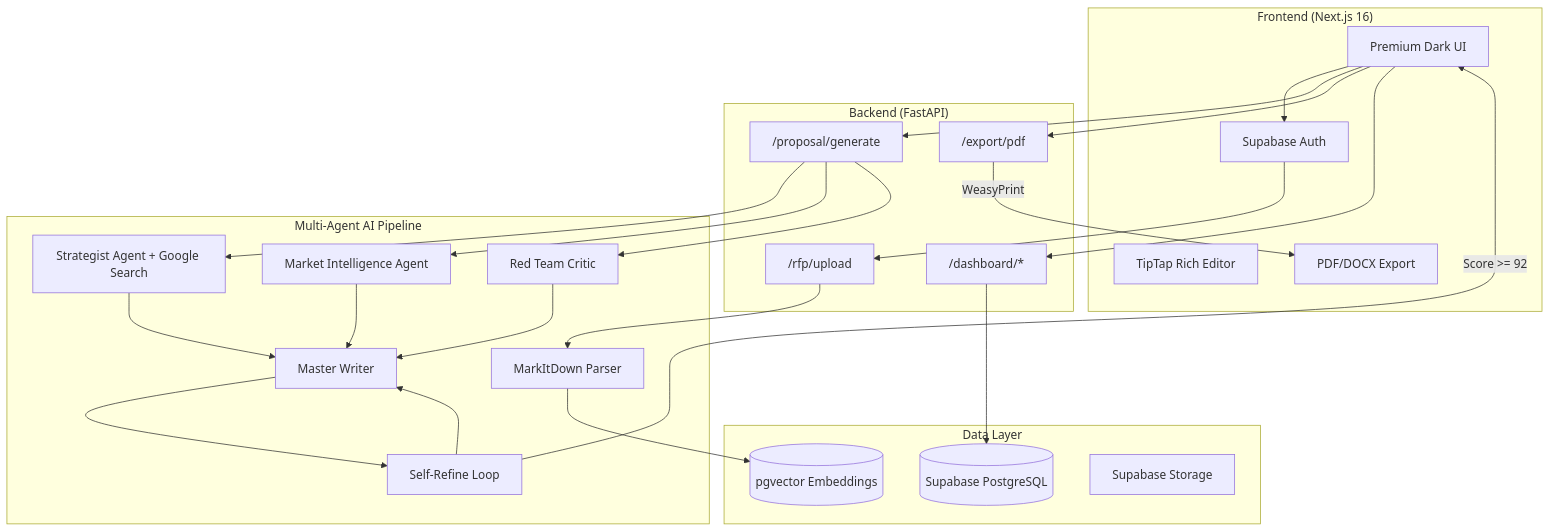
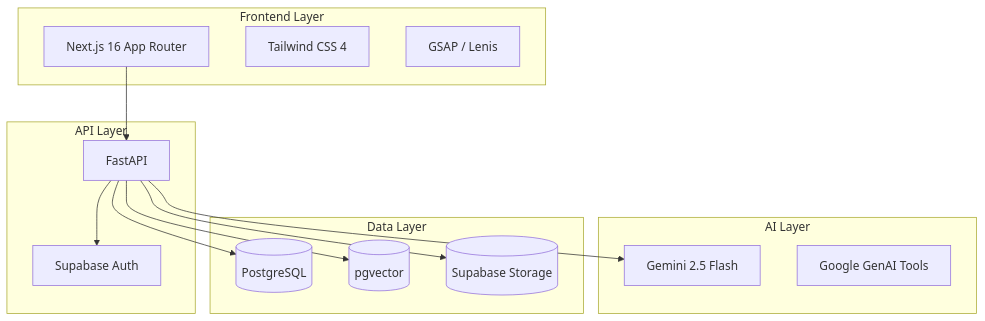
Before and after one commit to harshitnub077/BidForge: the second of 2 diagrams in README.md, drawn with Mermaid. The commit also changed other lines of this file, not shown here.

````diff
--- a/README.md
+++ b/README.md
@@ -126,43 +53,31 @@
 ```mermaid
-graph TB
-    subgraph Frontend["Frontend (Next.js 16)"]
-        UI[Premium Dark UI]
-        Auth[Supabase Auth]
-        Editor[TipTap Rich Editor]
-        Export[PDF/DOCX Export]
+graph TD
+    subgraph Frontend Layer
+        Next[Next.js 16 App Router]
+        Tailwind[Tailwind CSS 4]
+        GSAP[GSAP / Lenis]
     end
 
-    subgraph Backend["Backend (FastAPI)"]
-        RFP["/rfp/upload"]
-        Proposal["/proposal/generate"]
-        PDF["/export/pdf"]
-        Dashboard["/dashboard/*"]
+    subgraph API Layer
+        FastAPI[FastAPI]
+        Auth[Supabase Auth]
     end
 
-    subgraph AI["Multi-Agent AI Pipeline"]
-        Parser[MarkItDown Parser]
-        Strategist[Strategist Agent + Google Search]
-        MarketIntel[Market Intelligence Agent]
-        RedTeam[Red Team Critic]
-        SelfRefine[Self-Refine Loop]
-        Writer[Master Writer]
+    subgraph AI Layer
+        Gemini[Gemini 2.5 Flash]
+        Tools[Google GenAI Tools]
     end
 
-    subgraph Data["Data Layer"]
-        Supabase[(Supabase PostgreSQL)]
-        pgvector[(pgvector Embeddings)]
-        Storage[Supabase Storage]
+    subgraph Data Layer
+        PostgreSQL[(PostgreSQL)]
+        Vector[(pgvector)]
+        Storage[(Supabase Storage)]
     end
 
-    UI --> Auth --> RFP
-    UI --> Proposal
-    UI --> PDF
-    UI --> Dashboard
-    RFP --> Parser --> pgvector
-    Proposal --> Strategist & MarketIntel & RedTeam
-    Strategist & MarketIntel & RedTeam --> Writer
-    Writer --> SelfRefine --> Writer
-    SelfRefine -->|Score >= 92| UI
-    Dashboard --> Supabase
-    PDF -->|WeasyPrint| Export
+    Next --> FastAPI
+    FastAPI --> Gemini
+    FastAPI --> Auth
+    FastAPI --> PostgreSQL
+    FastAPI --> Vector
+    FastAPI --> Storage
 ```
````
